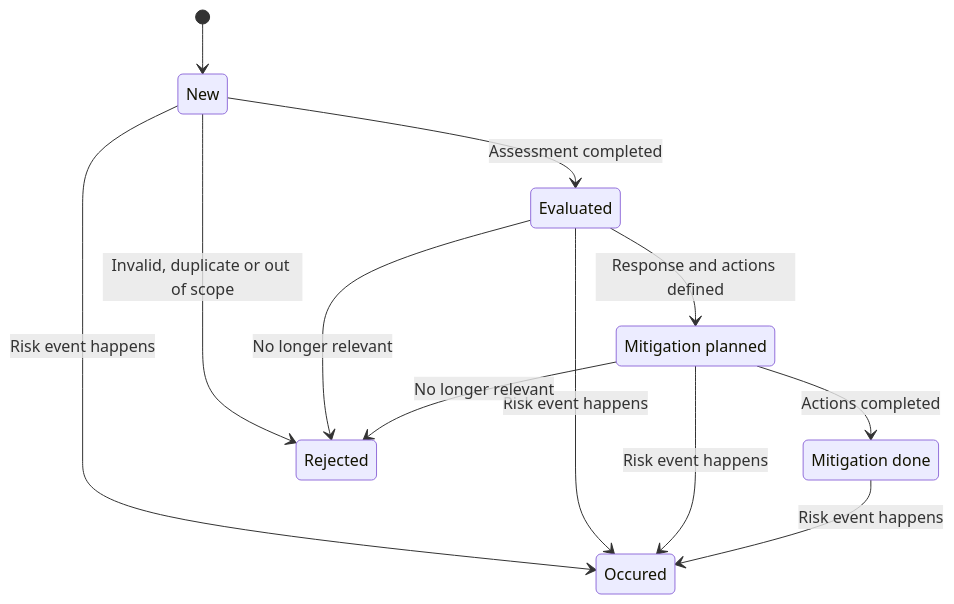
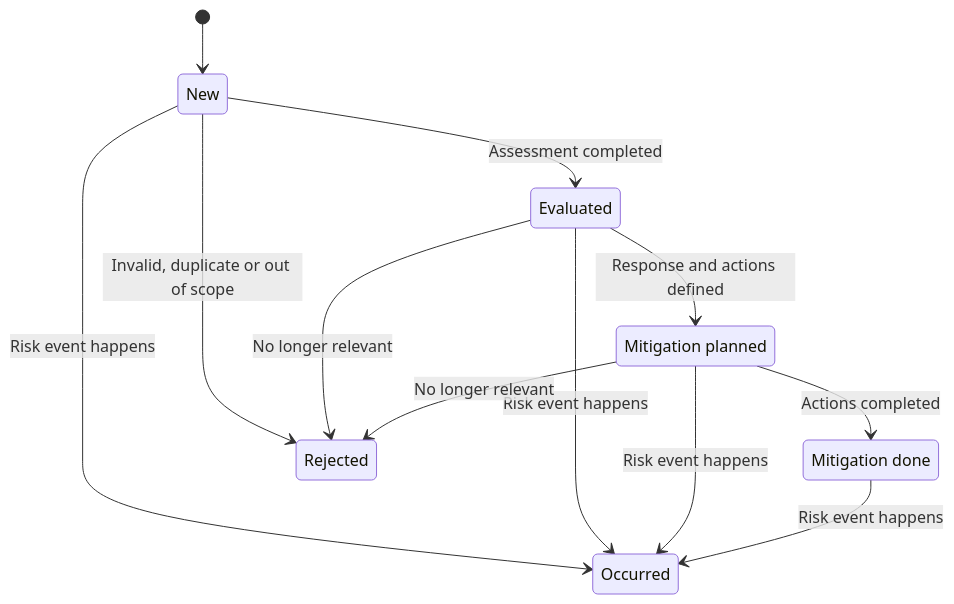
Before and after one commit to opf/openproject: the diagram in docs/use-cases/risk-management/README.md, drawn with Mermaid. The commit also changed other lines of this file, not shown here.

Commit message:
Correct risk status spelling [ci skip]

````diff
--- a/docs/use-cases/risk-management/README.md
+++ b/docs/use-cases/risk-management/README.md
@@ -53,19 +53,19 @@
 ```mermaid
 stateDiagram-v2
     state "Mitigation planned" as MitigationPlanned
     state "Mitigation done" as MitigationDone
 
     [*] --> New
     New --> Evaluated: Assessment completed
     Evaluated --> MitigationPlanned: Response and actions defined
     MitigationPlanned --> MitigationDone: Actions completed
 
-    New --> Occured: Risk event happens
-    Evaluated --> Occured: Risk event happens
-    MitigationPlanned --> Occured: Risk event happens
-    MitigationDone --> Occured: Risk event happens
+    New --> Occurred: Risk event happens
+    Evaluated --> Occurred: Risk event happens
+    MitigationPlanned --> Occurred: Risk event happens
+    MitigationDone --> Occurred: Risk event happens
 
     New --> Rejected: Invalid, duplicate or out of scope
     Evaluated --> Rejected: No longer relevant
     MitigationPlanned --> Rejected: No longer relevant
 ```
````
